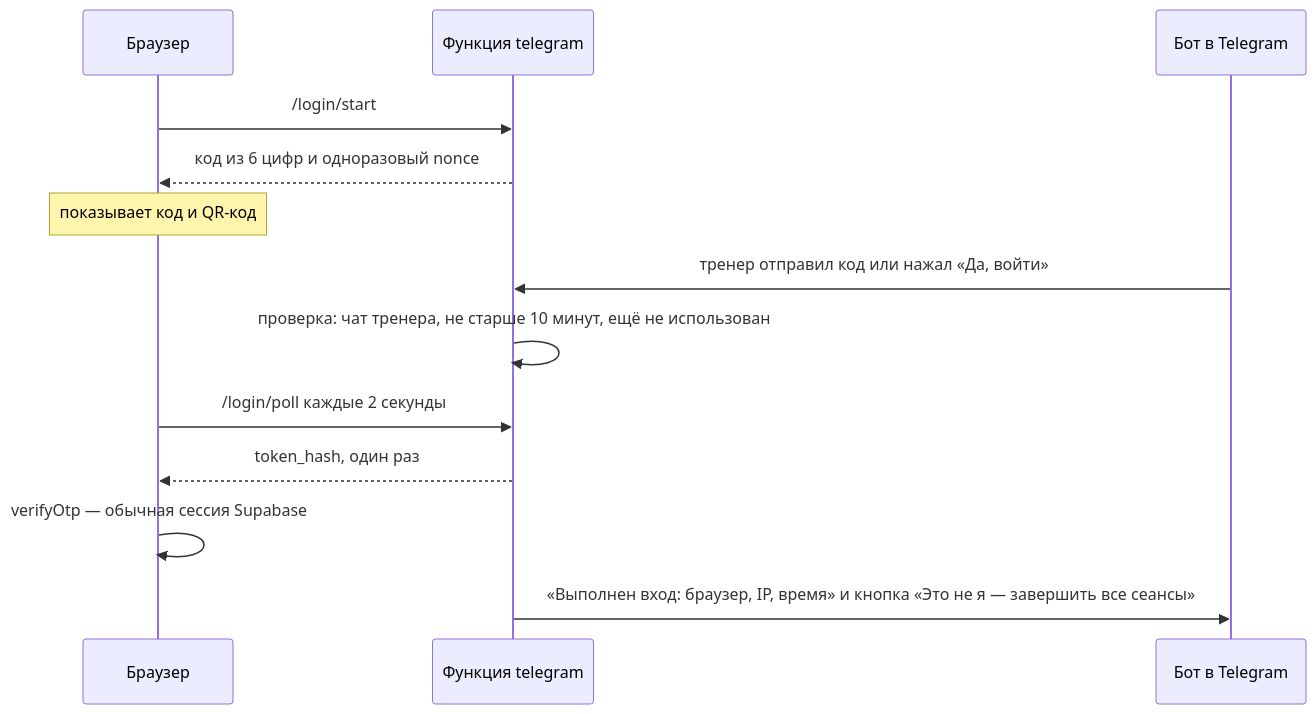
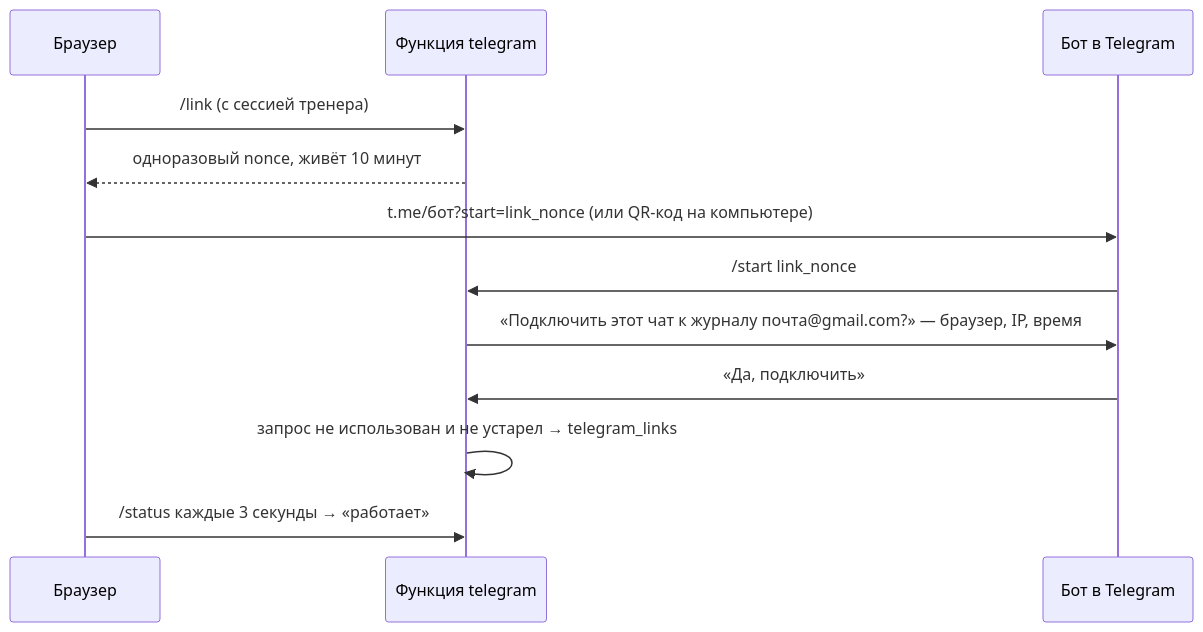
The second of 2 diagrams in README.md (4ikonya/dorozhka), drawn with Mermaid before and after one commit. The commit also changed other lines of this file and 6 other files, not shown here.

First line of the commit message:
Вход только через Google, Telegram подключается в настройках

````diff
--- a/README.md
+++ b/README.md
@@ -200,15 +203,14 @@
 ```mermaid
 sequenceDiagram
   participant B as Браузер
   participant F as Функция telegram
   participant T as Бот в Telegram
-  B->>F: /login/start
-  F-->>B: код из 6 цифр и одноразовый nonce
-  Note over B: показывает код и QR-код
-  T->>F: тренер отправил код или нажал «Да, войти»
-  F->>F: проверка: чат тренера, не старше 10 минут, ещё не использован
-  B->>F: /login/poll каждые 2 секунды
-  F-->>B: token_hash, один раз
-  B->>B: verifyOtp — обычная сессия Supabase
-  F->>T: «Выполнен вход: браузер, IP, время» и кнопка «Это не я — завершить все сеансы»
+  B->>F: /link (с сессией тренера)
+  F-->>B: одноразовый nonce, живёт 10 минут
+  B->>T: t.me/бот?start=link_nonce (или QR-код на компьютере)
+  T->>F: /start link_nonce
+  F->>T: «Подключить этот чат к журналу почта@gmail.com?» — браузер, IP, время
+  T->>F: «Да, подключить»
+  F->>F: запрос не использован и не устарел → telegram_links
+  B->>F: /status каждые 3 секунды → «работает»
 ```
````
